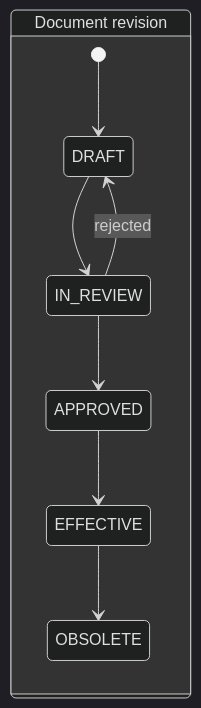
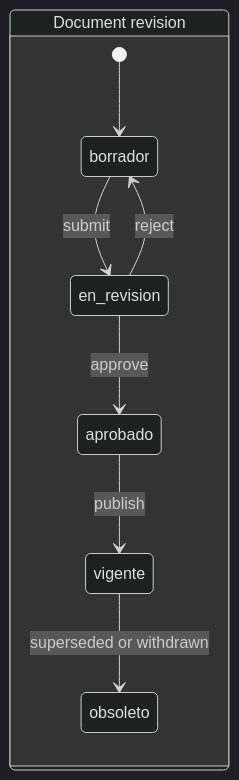
One commit to constant1n0/iso9001 changed the first of 3 diagrams in docs/iso-9001-gap-analysis.md. Above: the diagram before and after it, drawn with Mermaid (dark theme). The commit also changed other lines of this file and 2 other files, not shown here.

````diff
--- a/docs/iso-9001-gap-analysis.md
+++ b/docs/iso-9001-gap-analysis.md
@@ -163,12 +216,12 @@
 ```mermaid
 stateDiagram-v2
     direction LR
     state "Document revision" as DR {
-        [*] --> DRAFT
-        DRAFT --> IN_REVIEW
-        IN_REVIEW --> DRAFT: rejected
-        IN_REVIEW --> APPROVED
-        APPROVED --> EFFECTIVE
-        EFFECTIVE --> OBSOLETE
+        [*] --> borrador
+        borrador --> en_revision: submit
+        en_revision --> borrador: reject
+        en_revision --> aprobado: approve
+        aprobado --> vigente: publish
+        vigente --> obsoleto: superseded or withdrawn
     }
 ```
````
